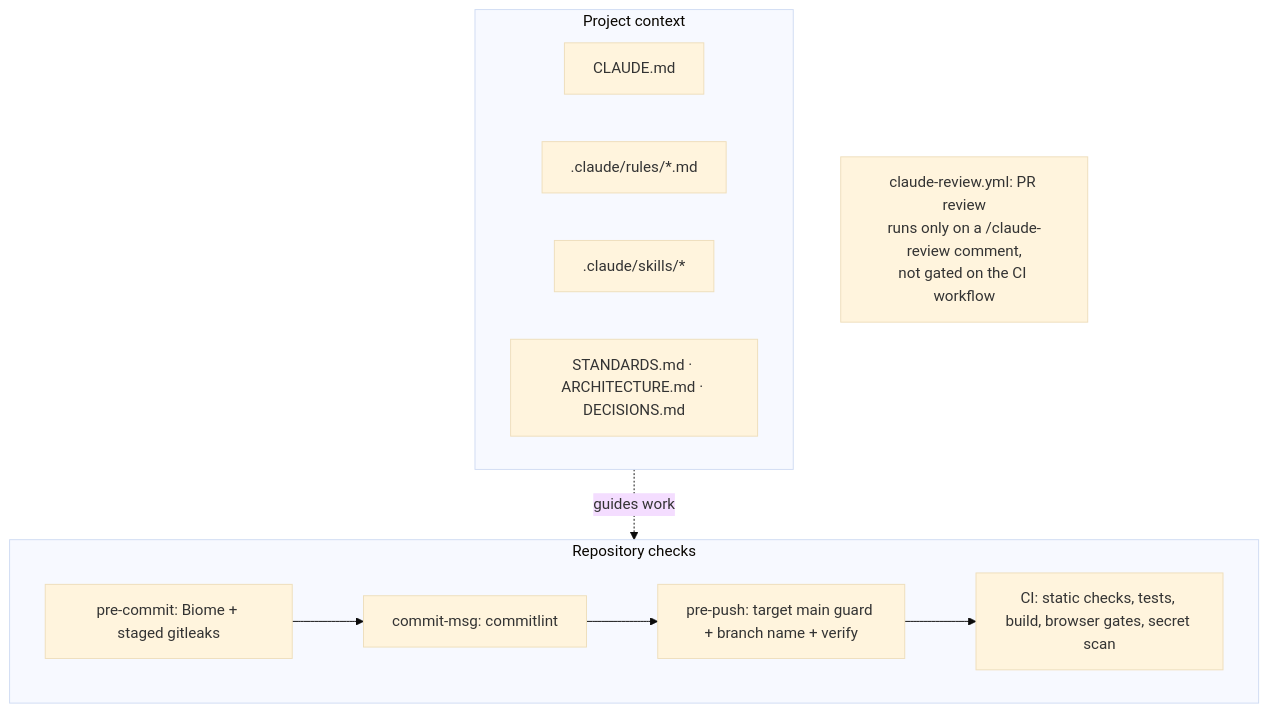
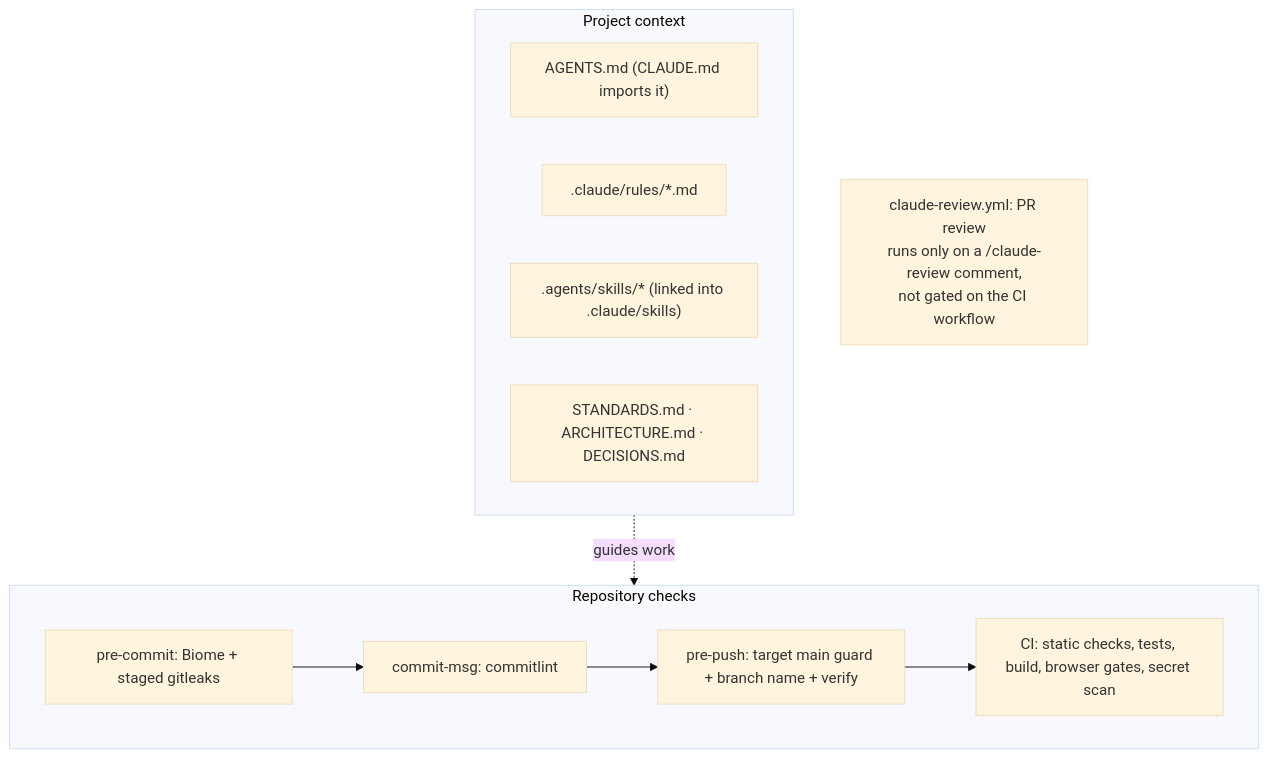
The diagram in docs/06-ai-development.md (erikunha/portfolio), drawn with Mermaid (base theme) before and after one commit. The commit also changed other lines of this file and 20 other files, not shown here.

````diff
--- a/docs/06-ai-development.md
+++ b/docs/06-ai-development.md
@@ -7,19 +7,19 @@
 ```mermaid
 flowchart TB
     subgraph ctx["Project context"]
-        cl["CLAUDE.md"]
+        cl["AGENTS.md (CLAUDE.md imports it)"]
         rules[".claude/rules/*.md"]
-        skills[".claude/skills/*"]
+        skills[".agents/skills/* (linked into .claude/skills)"]
         docs["STANDARDS.md · ARCHITECTURE.md · DECISIONS.md"]
     end
     subgraph checks["Repository checks"]
         commit["pre-commit: Biome + staged gitleaks"]
         msg["commit-msg: commitlint"]
         push["pre-push: target main guard + branch name + verify"]
         ci["CI: static checks, tests, build, browser gates, secret scan"]
     end
     ctx -. guides work .-> checks
     commit --> msg
     msg --> push --> ci
     review["claude-review.yml: PR review<br/>runs only on a /claude-review comment,<br/>not gated on the CI workflow"]
 ```
````
